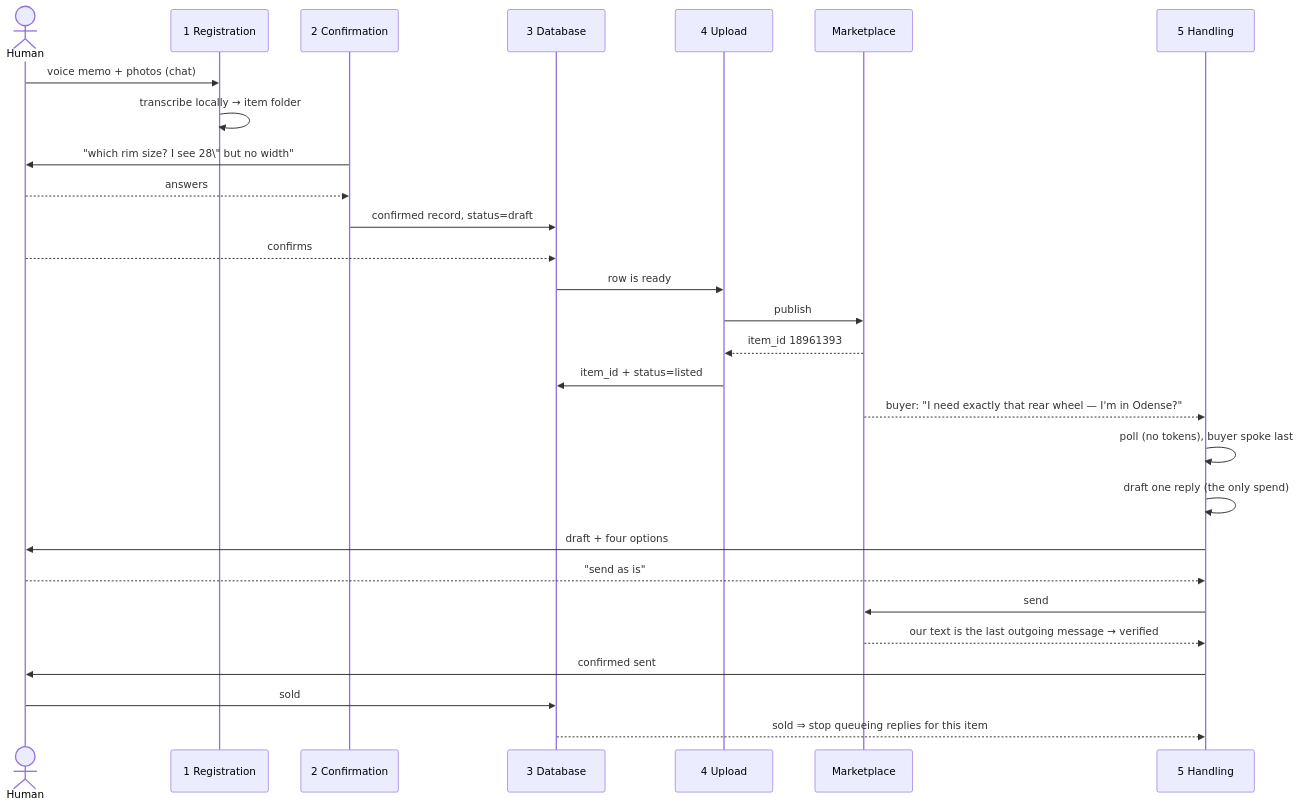
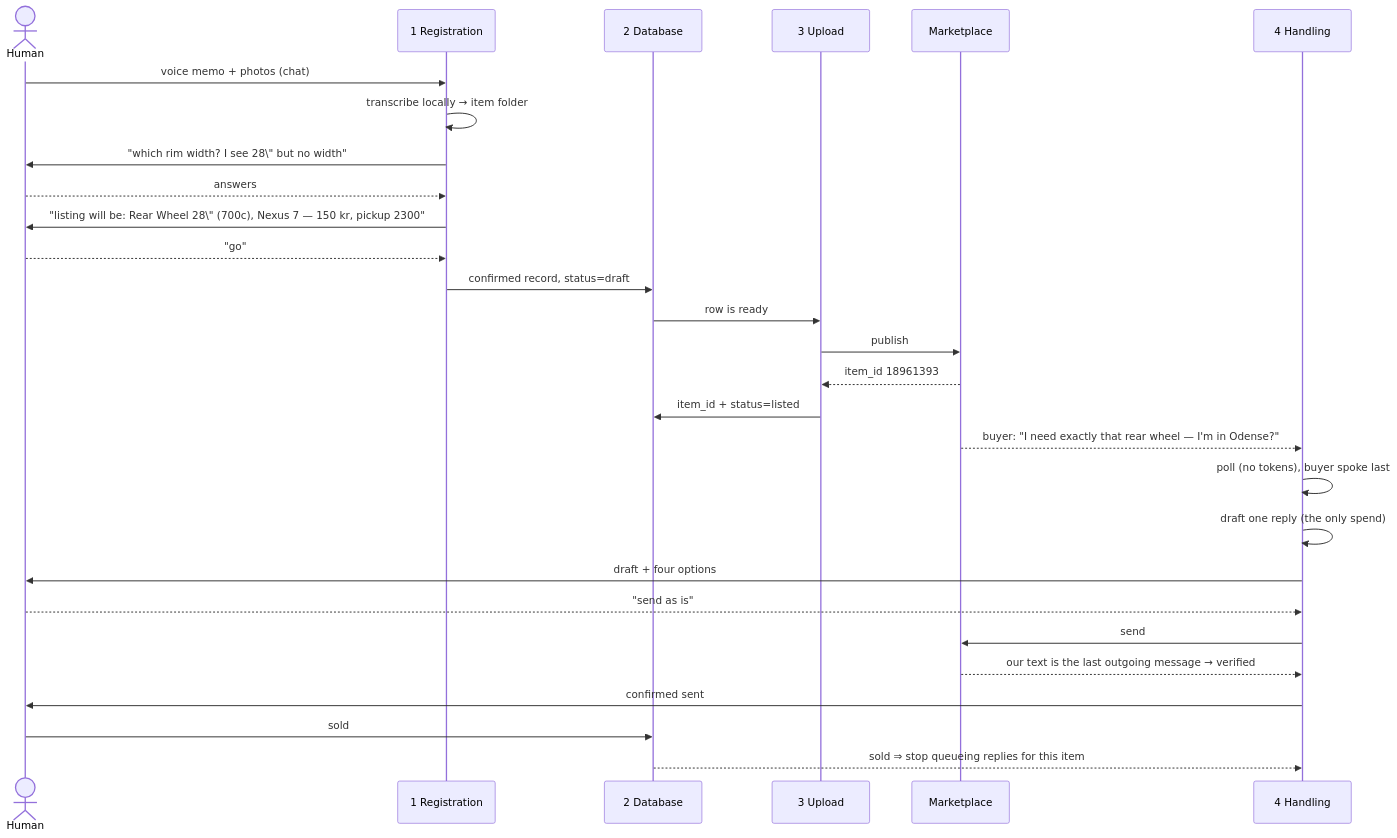
The sixth of 6 diagrams in docs/architecture.md (Dorten8/secondhand-ops), drawn with Mermaid before and after one commit. The commit also changed other lines of this file and 1 other file, not shown here.

First line of the commit message:
docs(architecture): merge confirmation into registration — four stages

````diff
--- a/docs/architecture.md
+++ b/docs/architecture.md
@@ -255,33 +244,33 @@
 ```mermaid
 sequenceDiagram
     actor J as Human
     participant R as 1 Registration
-    participant C as 2 Confirmation
-    participant D as 3 Database
-    participant U as 4 Upload
+    participant D as 2 Database
+    participant U as 3 Upload
     participant M as Marketplace
-    participant H as 5 Handling
+    participant H as 4 Handling
 
     J->>R: voice memo + photos (chat)
     R->>R: transcribe locally → item folder
-    C->>J: "which rim size? I see 28\" but no width"
-    J-->>C: answers
-    C->>D: confirmed record, status=draft
-    J-->>D: confirms
+    R->>J: "which rim width? I see 28\" but no width"
+    J-->>R: answers
+    R->>J: "listing will be: Rear Wheel 28\" (700c), Nexus 7 — 150 kr, pickup 2300"
+    J-->>R: "go"
+    R->>D: confirmed record, status=draft
     D->>U: row is ready
     U->>M: publish
     M-->>U: item_id 18961393
     U->>D: item_id + status=listed
 
     M-->>H: buyer: "I need exactly that rear wheel — I'm in Odense?"
     H->>H: poll (no tokens), buyer spoke last
     H->>H: draft one reply (the only spend)
     H->>J: draft + four options
     J-->>H: "send as is"
     H->>M: send
     M-->>H: our text is the last outgoing message → verified
     H->>J: confirmed sent
 
     J->>D: sold
     D-->>H: sold ⇒ stop queueing replies for this item
 ```
````
